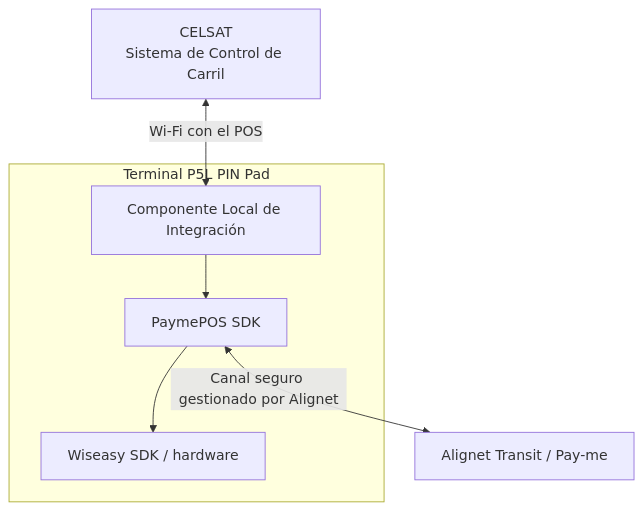
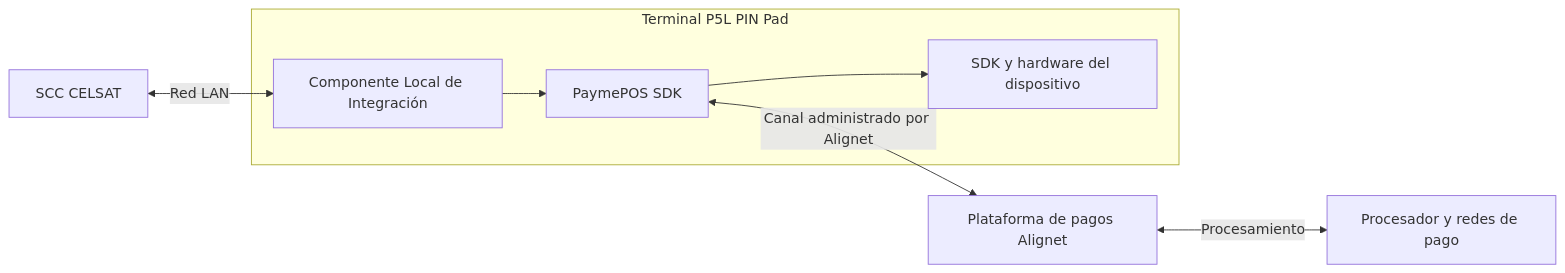
The diagram in procesamiento-fisico/alignet-transit/introduccion.mdx (alignet-docs/alignet-developers), drawn with Mermaid before and after one commit. The commit also changed other lines of this file and 13 other files, not shown here.

Commit message:
docs(transit): alinea integración CELSAT con especificación final

````diff
--- a/procesamiento-fisico/alignet-transit/introduccion.mdx
+++ b/procesamiento-fisico/alignet-transit/introduccion.mdx
@@ -33,17 +27,20 @@
 ```mermaid
-flowchart TB
-    SCC[CELSAT<br/>Sistema de Control de Carril]
+flowchart LR
+    SCC[SCC CELSAT]
 
     subgraph P5L[Terminal P5L PIN Pad]
         LOCAL[Componente Local de Integración]
         PAYME[PaymePOS SDK]
-        WISEASY[Wiseasy SDK / hardware]
+        DEVICE[SDK y hardware del dispositivo]
+
         LOCAL --> PAYME
-        PAYME --> WISEASY
+        PAYME --> DEVICE
     end
 
-    TRANSIT[Alignet Transit / Pay-me]
+    PLATFORM[Plataforma de pagos Alignet]
+    NETWORK[Procesador y redes de pago]
 
-    SCC <-->|Wi-Fi con el POS| LOCAL
-    PAYME <-->|Canal seguro gestionado por Alignet| TRANSIT
+    SCC <-->|Red LAN| LOCAL
+    PAYME <-->|Canal administrado por Alignet| PLATFORM
+    PLATFORM <-->|Procesamiento| NETWORK
 ```
````
